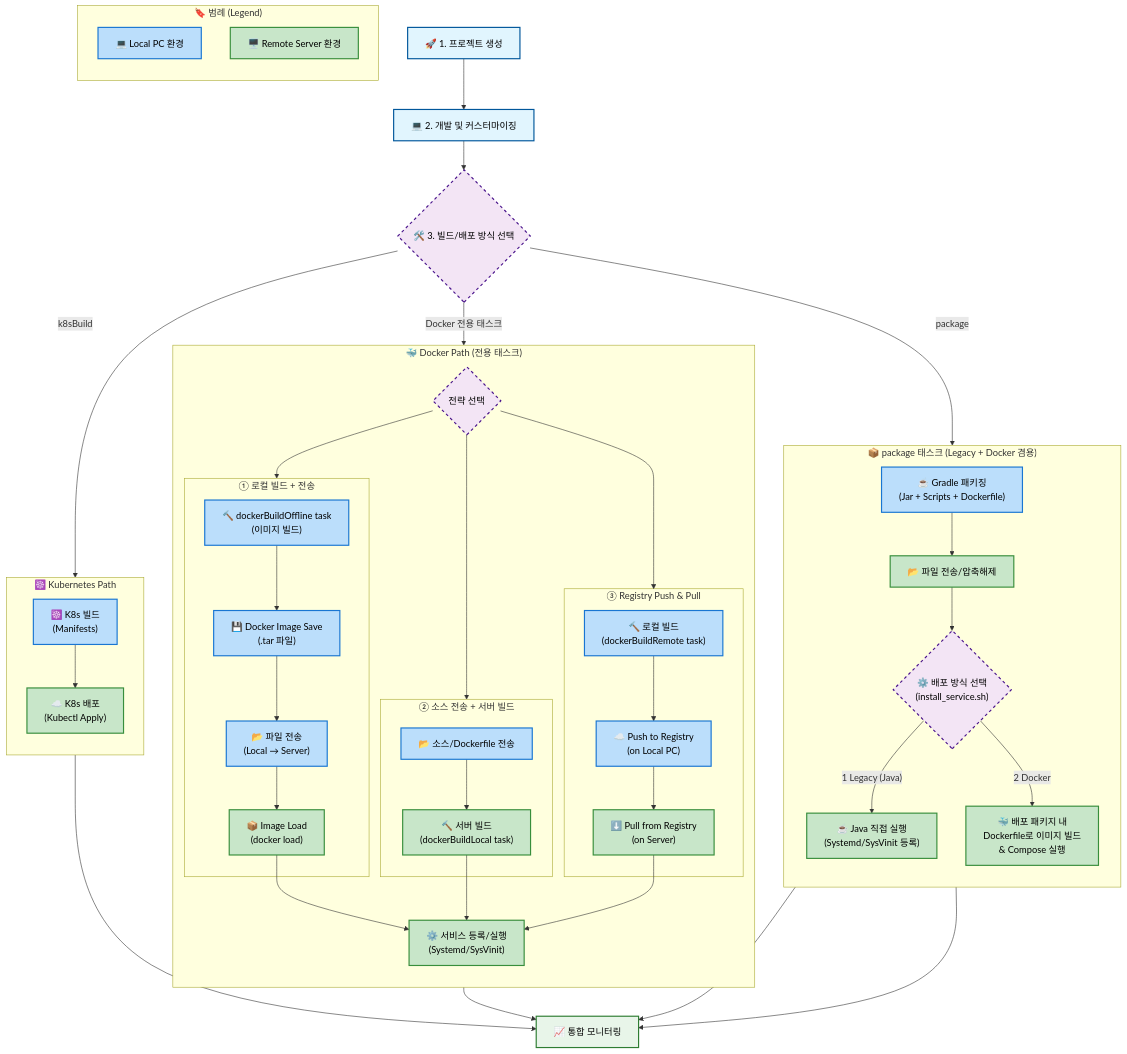
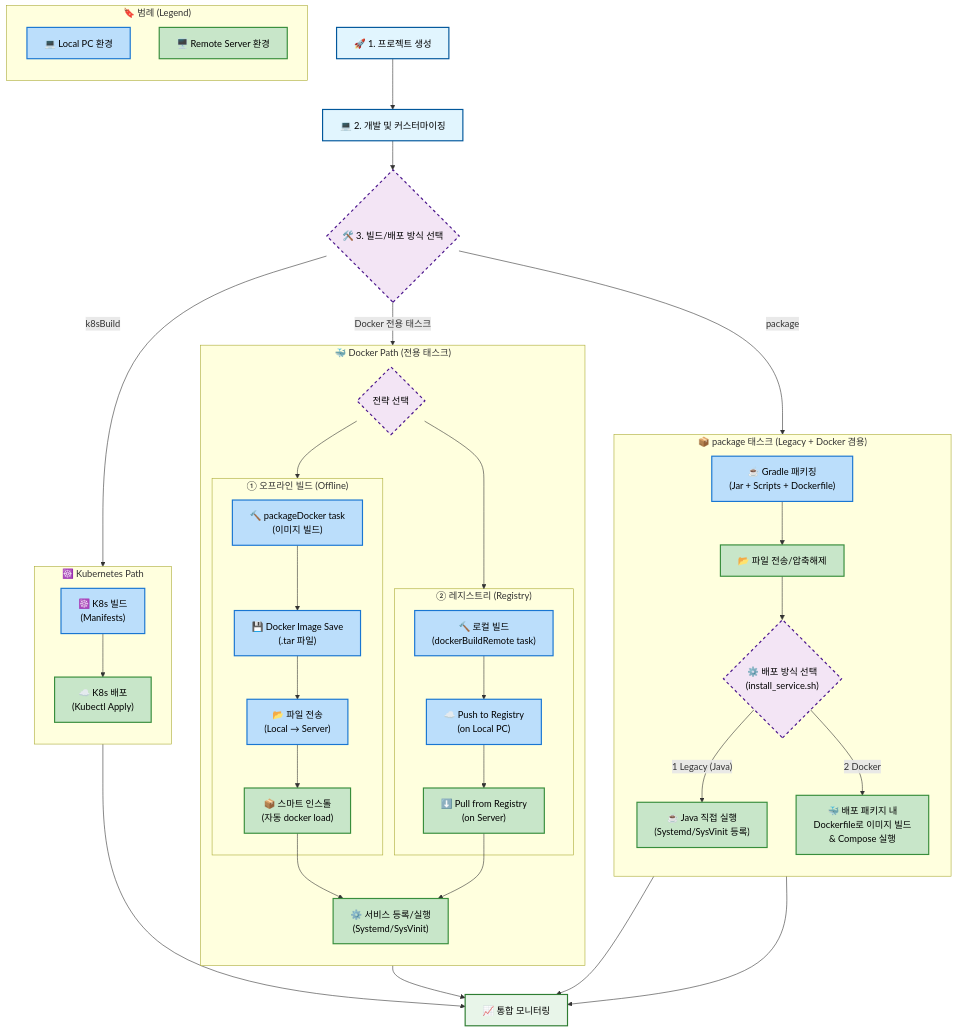
One commit to MJ-Youn/build-template changed the first of 5 diagrams in README.md. Above: the diagram before and after it, drawn with Mermaid. The commit also changed other lines of this file and 2 other files, not shown here.

Commit message:
빌드 환경 수정 - buildDocker 통일

````diff
--- a/README.md
+++ b/README.md
@@ -357,39 +327,29 @@
         DockerDecide{"전략 선택"}
 
         %% Strategy 1: Local Image
-        subgraph DockerOpt1 ["① 로컬 빌드 + 전송"]
-            D1_Build["🔨 dockerBuildOffline task<br/>(이미지 빌드)"]
+        subgraph DockerOpt1 ["① 오프라인 빌드 (Offline)"]
+            D1_Build["🔨 packageDocker task<br/>(이미지 빌드)"]
             D1_Save["💾 Docker Image Save<br/>(.tar 파일)"]
             D1_Trans["📂 파일 전송<br/>(Local → Server)"]
-            D1_Load["📦 Image Load<br/>(docker load)"]
+            D1_Load["📦 스마트 인스톨<br/>(자동 docker load)"]
 
             D1_Build --> D1_Save --> D1_Trans --> D1_Load
         end
 
-        %% Strategy 2: Source Transfer
-        subgraph DockerOpt2 ["② 소스 전송 + 서버 빌드"]
-            D2_Trans["📂 소스/Dockerfile 전송"]
-            D2_Build["🔨 서버 빌드<br/>(dockerBuildLocal task)"]
+        %% Strategy 2: Repository
+        subgraph DockerOpt2 ["② 레지스트리 (Registry)"]
+            D2_Build["🔨 로컬 빌드<br/>(dockerBuildRemote task)"]
+            D2_Push["☁️ Push to Registry<br/>(on Local PC)"]
+            D2_Pull["⬇️ Pull from Registry<br/>(on Server)"]
 
-            D2_Trans --> D2_Build
-        end
-
-        %% Strategy 3: Repository
-        subgraph DockerOpt3 ["③ Registry Push & Pull"]
-            D3_Build["🔨 로컬 빌드<br/>(dockerBuildRemote task)"]
-            D3_Push["☁️ Push to Registry<br/>(on Local PC)"]
-            D3_Pull["⬇️ Pull from Registry<br/>(on Server)"]
-
-            D3_Build --> D3_Push --> D3_Pull
+            D2_Build --> D2_Push --> D2_Pull
         end
 
         DockerDecide --> DockerOpt1
         DockerDecide --> DockerOpt2
-        DockerDecide --> DockerOpt3
 
         D1_Load --> DockerService["⚙️ 서비스 등록/실행<br/>(Systemd/SysVinit)"]
-        D2_Build --> DockerService
-        D3_Pull --> DockerService
+        D2_Pull --> DockerService
     end
 
     %% 서브그래프: K8s
@@ -434,7 +394,7 @@
     class Monitor endNode;
 
     %% Nodes & Legend Styling (Local vs Remote)
-    class LegacyBuild,K8sBuild,D1_Build,D1_Save,D1_Trans,D2_Trans,D3_Build,D3_Push,L1 local_env;
-    class LegacyTrans,LegacyRun,PkgDocker,K8sDeploy,D1_Load,D2_Build,D3_Pull,DockerService,L2 remote_env;
+    class LegacyBuild,K8sBuild,D1_Build,D1_Save,D1_Trans,D2_Build,D2_Push,L1 local_env;
+    class LegacyTrans,LegacyRun,PkgDocker,K8sDeploy,D1_Load,D2_Pull,DockerService,L2 remote_env;
     class AS1,AS2,AS3 remote_env;
 ```
````
